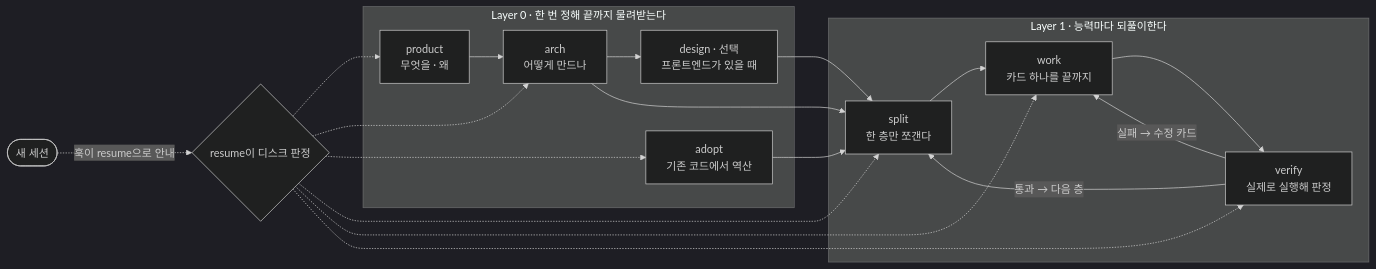
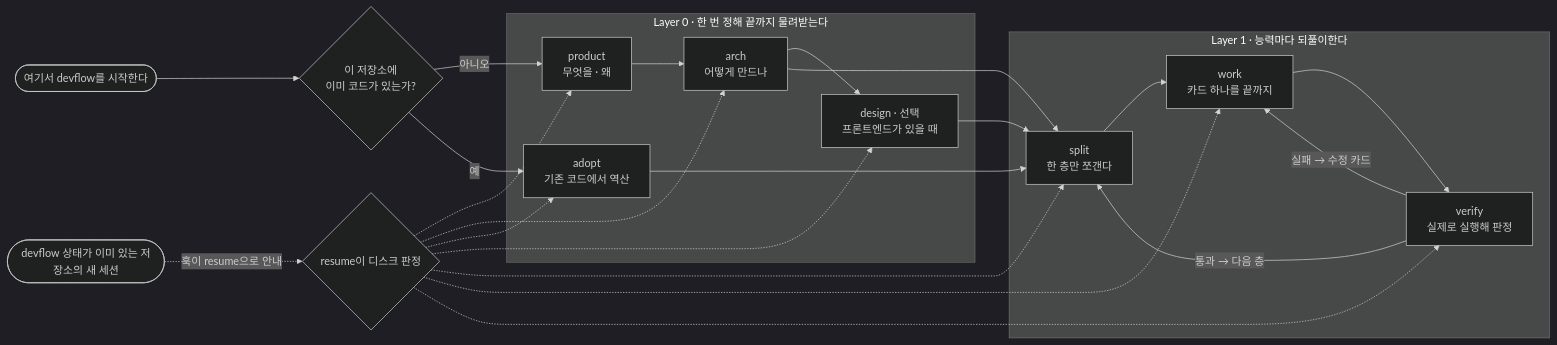
One commit to nanomia-ai/devflow changed the first of 5 diagrams in README_ko.md. Above: the diagram before and after it, drawn with Mermaid (dark theme). The commit also changed other lines of this file and 12 other files, not shown here.

````diff
--- a/README_ko.md
+++ b/README_ko.md
@@ -37,24 +37,28 @@
 ```mermaid
 flowchart LR
     subgraph L0["Layer 0 · 한 번 정해 끝까지 물려받는다"]
         P["product<br>무엇을 · 왜"] --> A["arch<br>어떻게 만드나"]
         A --> D["design · 선택<br>프론트엔드가 있을 때"]
         AD["adopt<br>기존 코드에서 역산"]
     end
     subgraph L1["Layer 1 · 능력마다 되풀이한다"]
         S["split<br>한 층만 쪼갠다"] --> W["work<br>카드 하나를 끝까지"]
         W --> V["verify<br>실제로 실행해 판정"]
         V -->|"실패 → 수정 카드"| W
         V -->|"통과 → 다음 층"| S
     end
+    Start(["여기서 devflow를 시작한다"]) --> Q{"이 저장소에<br>이미 코드가 있는가?"}
+    Q -->|아니오| P
+    Q -->|예| AD
     A --> S
     D --> S
     AD --> S
-    R(["새 세션"]) -.->|"훅이 resume으로 안내"| X{"resume이 디스크 판정"}
+    R(["devflow 상태가 이미 있는 저장소의 새 세션"]) -.->|"훅이 resume으로 안내"| X{"resume이 디스크 판정"}
     X -.-> P
     X -.-> A
     X -.-> AD
+    X -.-> D
     X -.-> S
     X -.-> W
     X -.-> V
 ```
````
